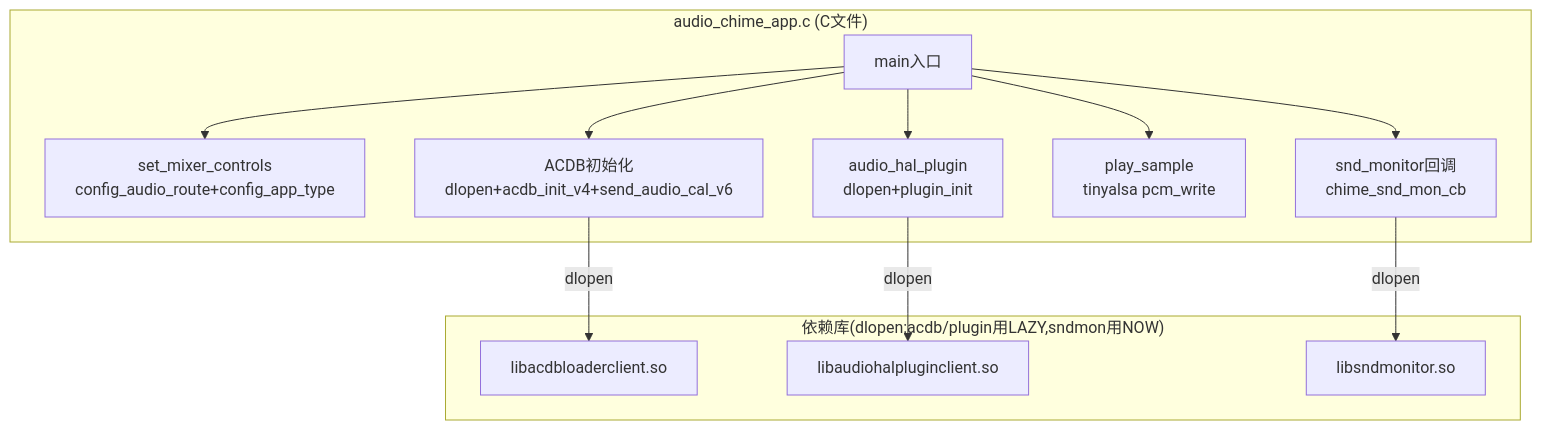
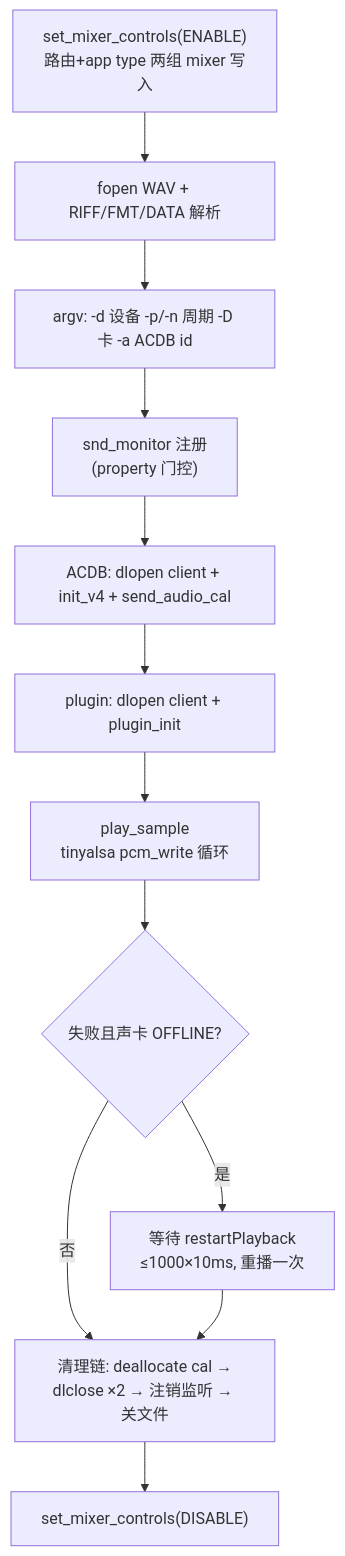
One commit to yanglinzhen1022/SA8295_AAOS_QNX_Audio_KnowledgeBase changed the diagram in 16_Vendor_QNX_Architecture/16_16.5_audio-chime早期提示音.md. Above: the diagram before and after it, drawn with Mermaid. The commit also changed other lines of this file and 4 other files, not shown here.

First line of the commit message:
docs: ground chime casa-xml and AR primary HAL pages in mm-audio-auto sources

````diff
--- a/16_Vendor_QNX_Architecture/16_16.5_audio-chime早期提示音.md
+++ b/16_Vendor_QNX_Architecture/16_16.5_audio-chime早期提示音.md
@@ -21,26 +27,14 @@
 ```mermaid
-graph TB
-    subgraph AudioChime["audio_chime_app.c (C文件)"]
-        MAIN["main入口"]
-        MIXER["set_mixer_controls<br/>config_audio_route+config_app_type"]
-        ACDB["ACDB初始化<br/>dlopen+acdb_init_v4+send_audio_cal_v6"]
-        HALPLUGIN["audio_hal_plugin<br/>dlopen+plugin_init"]
-        PLAY["play_sample<br/>tinyalsa pcm_write"]
-        SNDMON["snd_monitor回调<br/>chime_snd_mon_cb"]
-    end
-
-    subgraph Dependencies["依赖库(dlopen:acdb/plugin用LAZY,sndmon用NOW)"]
-        LIBACDB["libacdbloaderclient.so"]
-        LIBPLUGIN["libaudiohalpluginclient.so"]
-        LIBSNDMON["libsndmonitor.so"]
-    end
-
-    MAIN --> MIXER
-    MAIN --> ACDB
-    MAIN --> HALPLUGIN
-    MAIN --> PLAY
-    MAIN --> SNDMON
-    ACDB -->|dlopen| LIBACDB
-    HALPLUGIN -->|dlopen| LIBPLUGIN
-    SNDMON -->|dlopen| LIBSNDMON
+flowchart TD
+  A["set_mixer_controls(ENABLE)<br/>路由+app type 两组 mixer 写入"] --> B["fopen WAV + RIFF/FMT/DATA 解析"]
+  B --> C["argv: -d 设备 -p/-n 周期 -D 卡 -a ACDB id"]
+  C --> D["snd_monitor 注册<br/>(property 门控)"]
+  D --> E["ACDB: dlopen client + init_v4 + send_audio_cal"]
+  E --> F["plugin: dlopen client + plugin_init"]
+  F --> G["play_sample<br/>tinyalsa pcm_write 循环"]
+  G --> H{"失败且声卡 OFFLINE?"}
+  H -- 是 --> I["等待 restartPlayback<br/>≤1000×10ms, 重播一次"]
+  H -- 否 --> J["清理链: deallocate cal →<br/>dlclose ×2 → 注销监听 → 关文件"]
+  I --> J
+  J --> K["set_mixer_controls(DISABLE)"]
 ```
````
